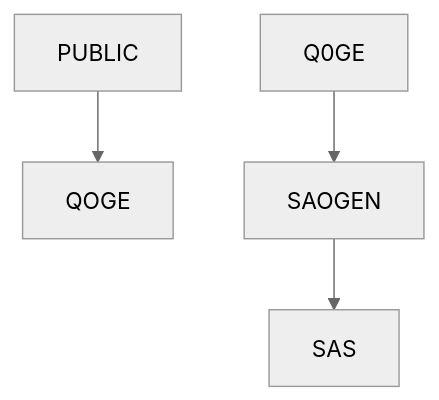
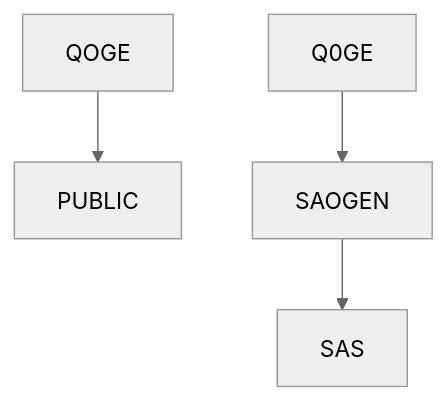
The diagram in README.md (QOGE/SAOGEN), drawn with Mermaid (neutral theme) before and after one commit.

````diff
--- a/README.md
+++ b/README.md
@@ -71,7 +71,7 @@
 ```mermaid
 graph TD;
-    PUBLIC-->QOGE;
+    QOGE-->PUBLIC;
     Q0GE-->SAOGEN;
     SAOGEN-->SAS;
    
 ```
````
